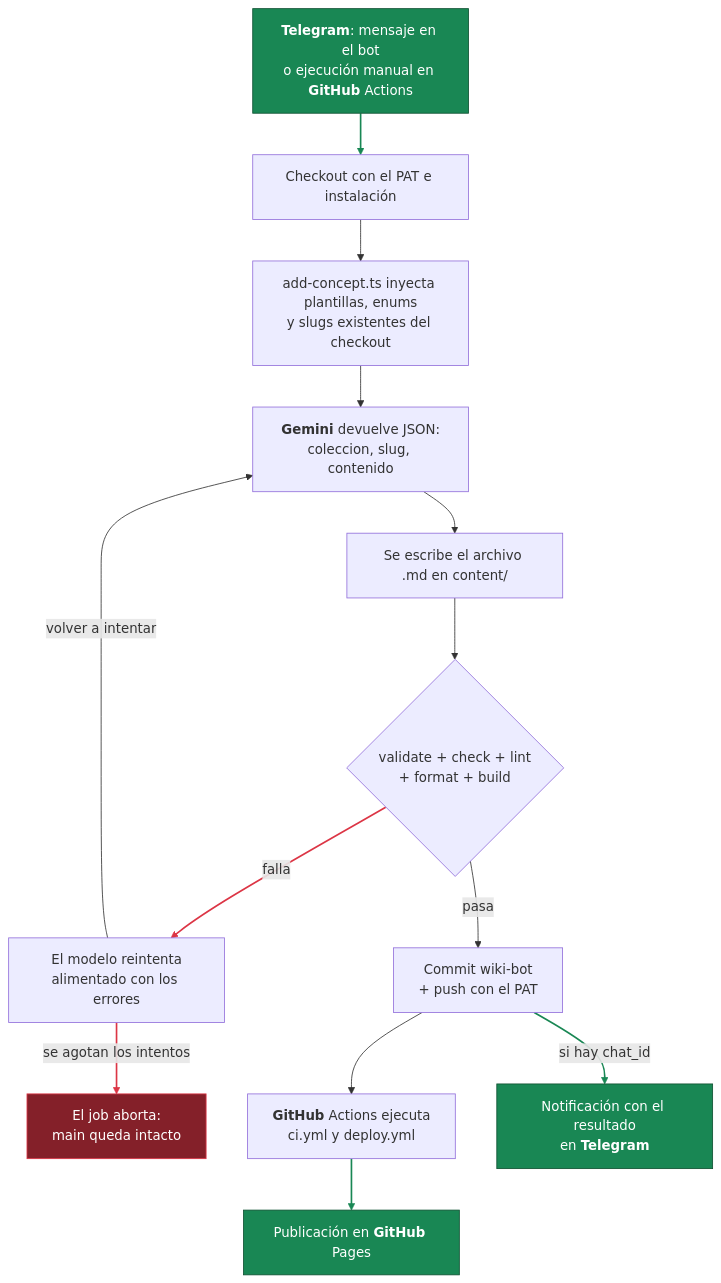
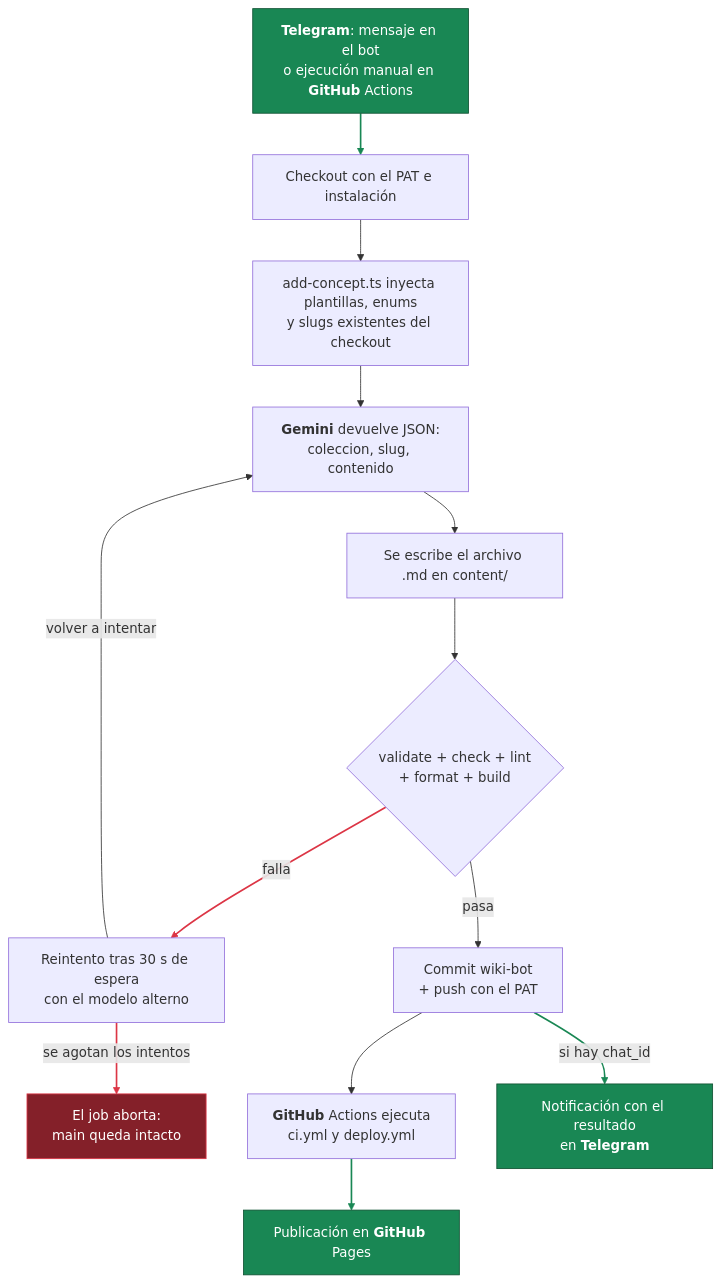
Before and after one commit to kimografico/wiki-dev: the second of 2 diagrams in specs/telegram-alta-conceptos.md, drawn with Mermaid. The commit also changed other lines of this file and 3 other files, not shown here.

````diff
--- a/specs/telegram-alta-conceptos.md
+++ b/specs/telegram-alta-conceptos.md
@@ -127,34 +132,34 @@
 ```mermaid
 flowchart TD
     A["<b>Telegram</b>: mensaje en el bot<br/>o ejecución manual en <b>GitHub</b> Actions"]:::visible
     B["Checkout con el PAT e instalación"]
     C["add-concept.ts inyecta plantillas, enums<br/>y slugs existentes del checkout"]
     D["<b>Gemini</b> devuelve JSON:<br/>coleccion, slug, contenido"]
     E["Se escribe el archivo .md en content/"]
     F{"validate + check + lint<br/>+ format + build"}
-    G["El modelo reintenta<br/>alimentado con los errores"]
+    G["Reintento tras 30 s de espera<br/>con el modelo alterno"]
     H["El job aborta:<br/>main queda intacto"]:::error
     I["Commit wiki-bot<br/>+ push con el PAT"]
     J["<b>GitHub</b> Actions ejecuta<br/>ci.yml y deploy.yml"]
     K["Publicación en <b>GitHub</b> Pages"]:::visible
     L["Notificación con el resultado<br/>en <b>Telegram</b>"]:::visible
 
     A --> B
     B --> C
     C --> D
     D --> E
     E --> F
     F -- "falla" --> G
     G -- "volver a intentar" --> D
     G -- "se agotan los intentos" --> H
     F -- "pasa" --> I
     I --> J
     J --> K
     I -- "si hay chat_id" --> L
 
     classDef visible fill:#198754,stroke:#0f5132,color:#ffffff
     classDef error fill:#842029,stroke:#dc3545,color:#ffffff
 
     linkStyle 0,10,11 stroke:#198754,stroke-width:2px
     linkStyle 5,7 stroke:#dc3545,stroke-width:2px
 ```
````
